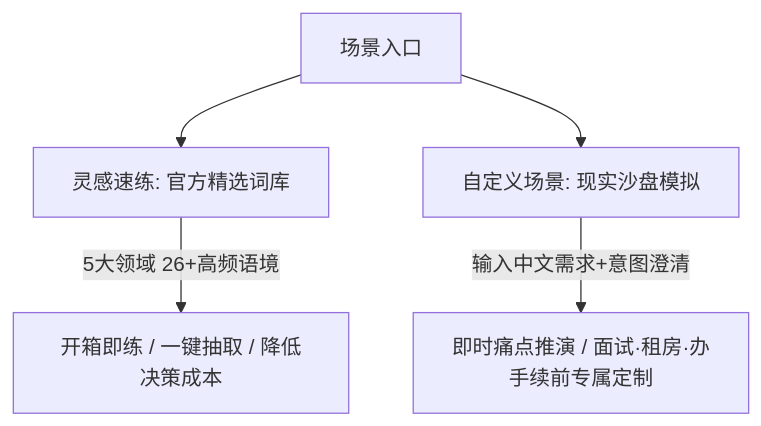
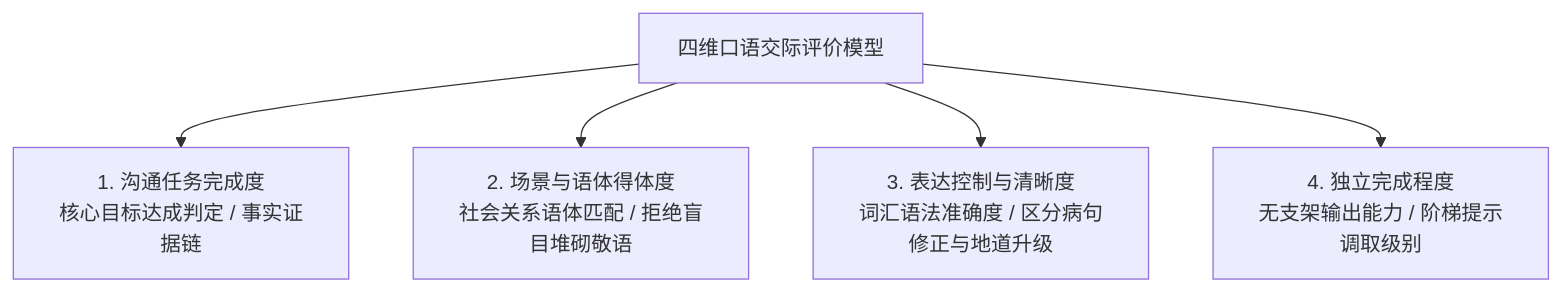
One commit to Senn-s-Team/KaiwaDemo changed the fourth of 6 diagrams in docs/product-summary.md. Above: the diagram before and after it, drawn with Mermaid. The commit also changed other lines of this file and 16 other files, not shown here.

````diff
--- a/docs/product-summary.md
+++ b/docs/product-summary.md
@@ -101,8 +126,7 @@
 ```mermaid
 flowchart TD
-    Entrance[场景入口] --> Spark[灵感速练: 官方精选词库]
-    Entrance --> Custom[自定义场景: 现实沙盘模拟]
-    
-    Spark -->|5大领域 26+高频语境| Detail1[开箱即练 / 一键抽取 / 降低决策成本]
-    Custom -->|输入中文需求+意图澄清| Detail2[即时痛点推演 / 面试·租房·办手续前专属定制]
+    Model[四维口语交际评价模型] --> Dim1[1. 沟通任务完成度<br/>核心目标达成判定 / 事实证据链]
+    Model --> Dim2[2. 场景与语体得体度<br/>社会关系语体匹配 / 拒绝盲目堆砌敬语]
+    Model --> Dim3[3. 表达控制与清晰度<br/>词汇语法准确度 / 区分病句修正与地道升级]
+    Model --> Dim4[4. 独立完成程度<br/>无支架输出能力 / 阶梯提示调取级别]
 ```
````
